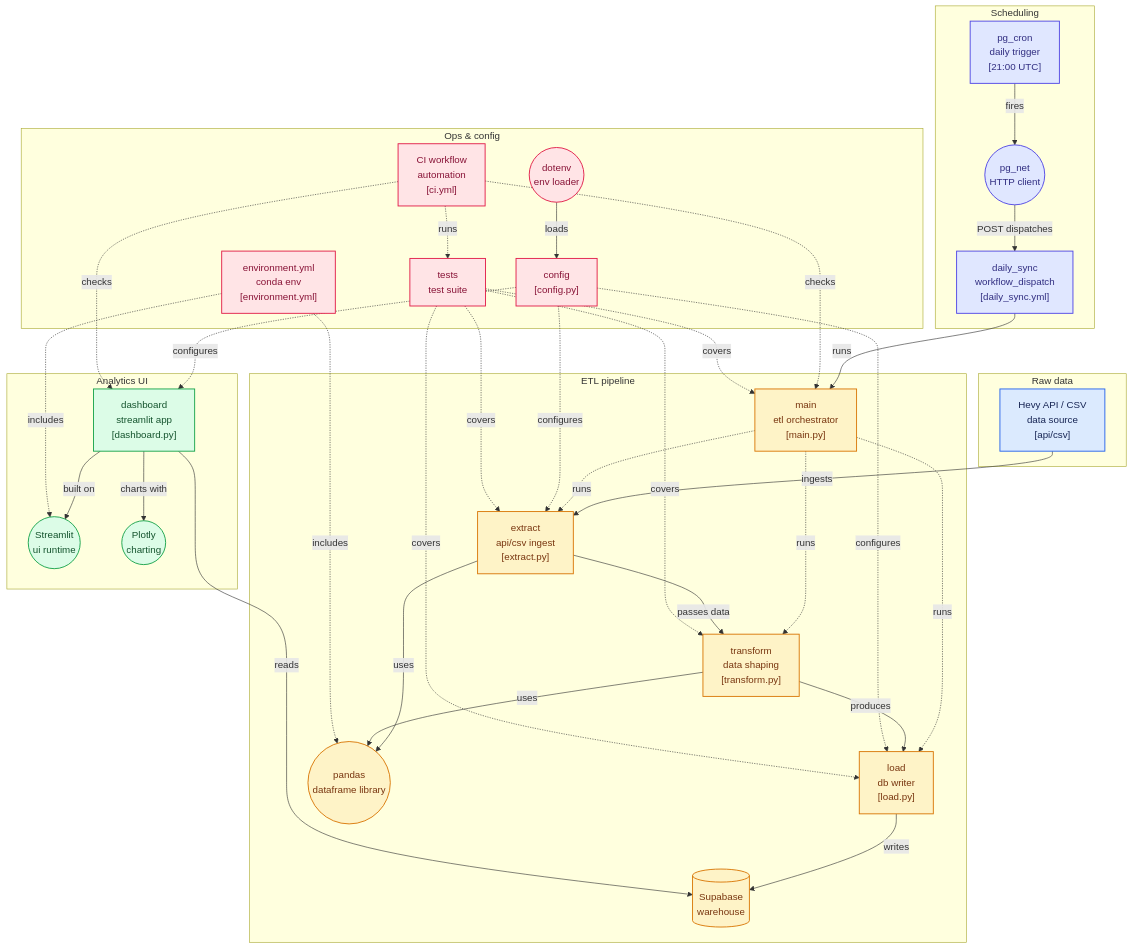
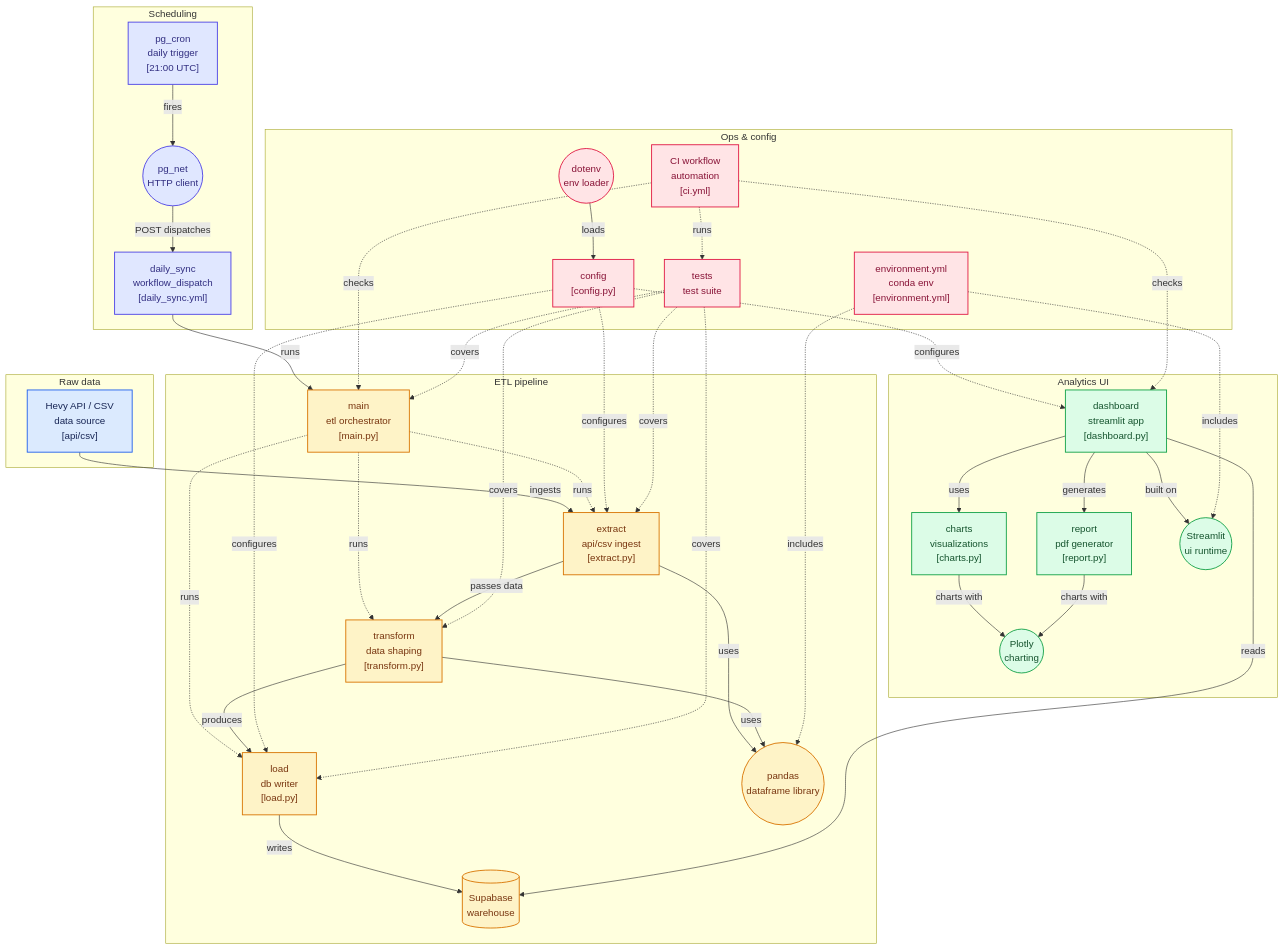
One commit to ahmed-abdelwahed1/hevy-flow changed the second of 2 diagrams in README.md. Above: the diagram before and after it, drawn with Mermaid. The commit also changed other lines of this file, not shown here.

Commit message:
docs: update README with PDF report generator feature

````diff
--- a/README.md
+++ b/README.md
@@ -66,6 +67,8 @@
 
 subgraph group_g_app["Analytics UI"]
   node_n_dashboard["dashboard<br/>streamlit app<br/>[dashboard.py]"]
+  node_n_charts["charts<br/>visualizations<br/>[charts.py]"]
+  node_n_report["report<br/>pdf generator<br/>[report.py]"]
   node_n_streamlit(("Streamlit<br/>ui runtime"))
   node_n_plotly(("Plotly<br/>charting"))
 end
@@ -99,7 +102,10 @@
 node_n_load -->|"writes"| node_n_supabase
 node_n_dashboard -->|"reads"| node_n_supabase
 node_n_dashboard -->|"built on"| node_n_streamlit
-node_n_dashboard -->|"charts with"| node_n_plotly
+node_n_dashboard -->|"uses"| node_n_charts
+node_n_dashboard -->|"generates"| node_n_report
+node_n_charts -->|"charts with"| node_n_plotly
+node_n_report -->|"charts with"| node_n_plotly
 node_n_config -.->|"configures"| node_n_extract
 node_n_config -.->|"configures"| node_n_load
 node_n_config -.->|"configures"| node_n_dashboard
@@ -120,6 +126,8 @@
 click node_n_transform "https://github.com/ahmed-abdelwahed1/hevy-flow/blob/main/etl/transform.py"
 click node_n_load "https://github.com/ahmed-abdelwahed1/hevy-flow/blob/main/etl/load.py"
 click node_n_dashboard "https://github.com/ahmed-abdelwahed1/hevy-flow/blob/main/dashboard.py"
+click node_n_charts "https://github.com/ahmed-abdelwahed1/hevy-flow/blob/main/charts.py"
+click node_n_report "https://github.com/ahmed-abdelwahed1/hevy-flow/blob/main/report.py"
 click node_n_config "https://github.com/ahmed-abdelwahed1/hevy-flow/blob/main/config.py"
 click node_n_env "https://github.com/ahmed-abdelwahed1/hevy-flow/blob/main/environment.yml"
 click node_n_ci "https://github.com/ahmed-abdelwahed1/hevy-flow/blob/main/.github/workflows/ci.yml"
@@ -133,7 +141,7 @@
 classDef toneTeal fill:#ccfbf1,stroke:#0f766e,stroke-width:1.5px,color:#134e4a
 class node_n_raw_csv toneBlue
 class node_n_main,node_n_extract,node_n_transform,node_n_load,node_n_pandas,node_n_supabase toneAmber
-class node_n_dashboard,node_n_streamlit,node_n_plotly toneMint
+class node_n_dashboard,node_n_charts,node_n_report,node_n_streamlit,node_n_plotly toneMint
 class node_n_config,node_n_dotenv,node_n_env,node_n_ci,node_n_tests toneRose
 class node_n_pgcron,node_n_pgnet,node_n_daily toneIndigo
 ```
````
